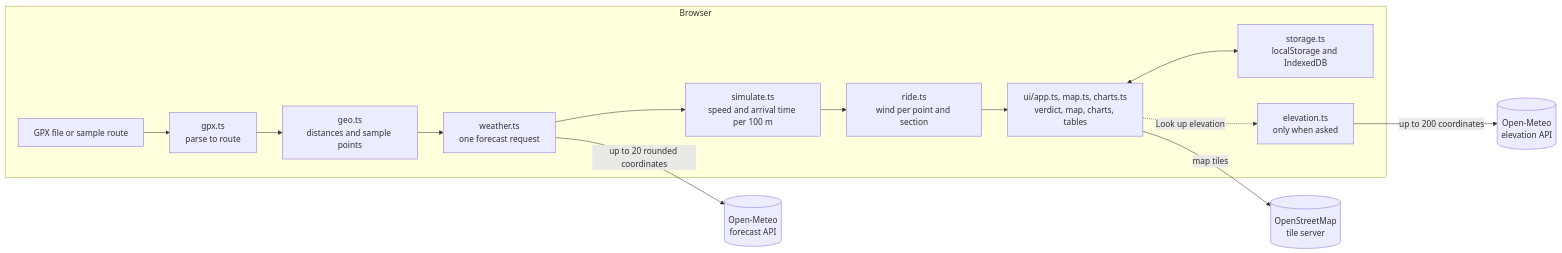
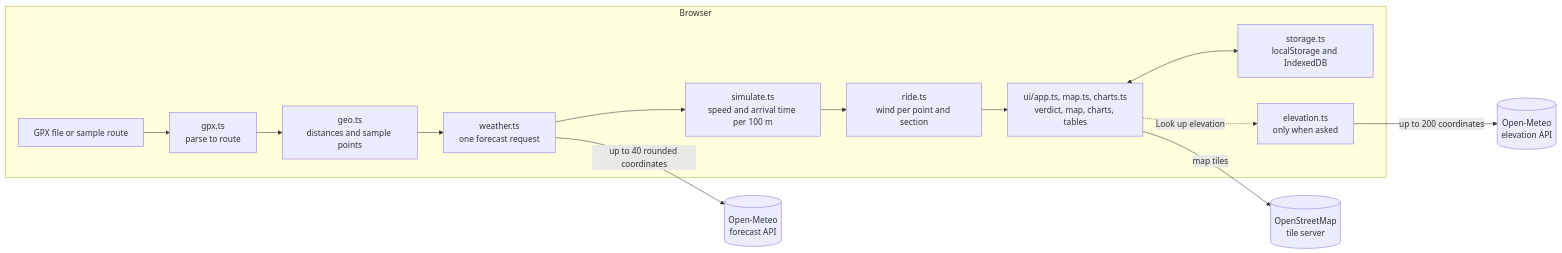
One commit to kchan1028/ridewind changed the first of 2 diagrams in docs/architecture.md. Above: the diagram before and after it, drawn with Mermaid. The commit also changed other lines of this file and 25 other files, not shown here.

First line of the commit message:
Ship roadmap items: stops, refresh, chart tables, 44 px buttons, framing check (#25)

````diff
--- a/docs/architecture.md
+++ b/docs/architecture.md
@@ -9,16 +9,16 @@
 ```mermaid
 flowchart LR
   subgraph Browser
     GPX[GPX file or sample route] --> Parse[gpx.ts<br/>parse to route]
     Parse --> Geo[geo.ts<br/>distances and sample points]
     Geo --> Weather[weather.ts<br/>one forecast request]
     Weather --> Sim[simulate.ts<br/>speed and arrival time per 100 m]
     Sim --> Plan[ride.ts<br/>wind per point and section]
     Plan --> UI[ui/app.ts, map.ts, charts.ts<br/>verdict, map, charts, tables]
     UI <--> Store[storage.ts<br/>localStorage and IndexedDB]
     UI -. "Look up elevation" .-> Elev[elevation.ts<br/>only when asked]
   end
-  Weather -- "up to 20 rounded coordinates" --> OM[(Open-Meteo<br/>forecast API)]
+  Weather -- "up to 40 rounded coordinates" --> OM[(Open-Meteo<br/>forecast API)]
   Elev -- "up to 200 coordinates" --> OME[(Open-Meteo<br/>elevation API)]
   UI -- "map tiles" --> OSM[(OpenStreetMap<br/>tile server)]
 ```
````
